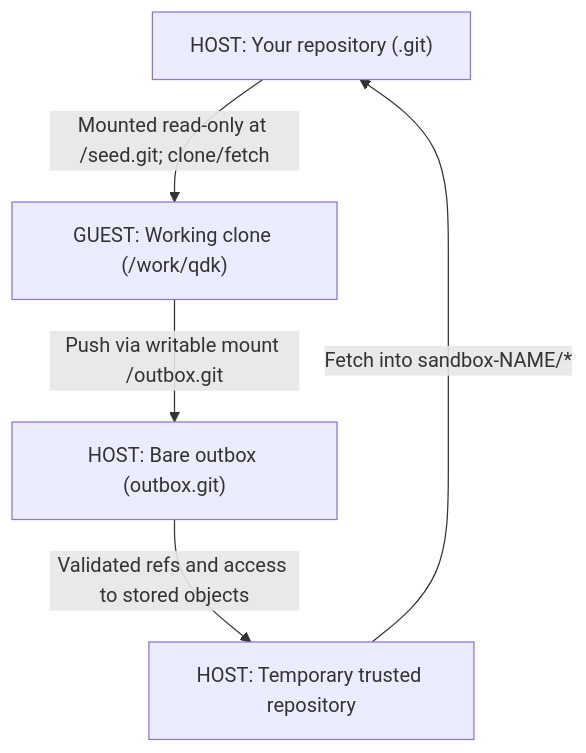
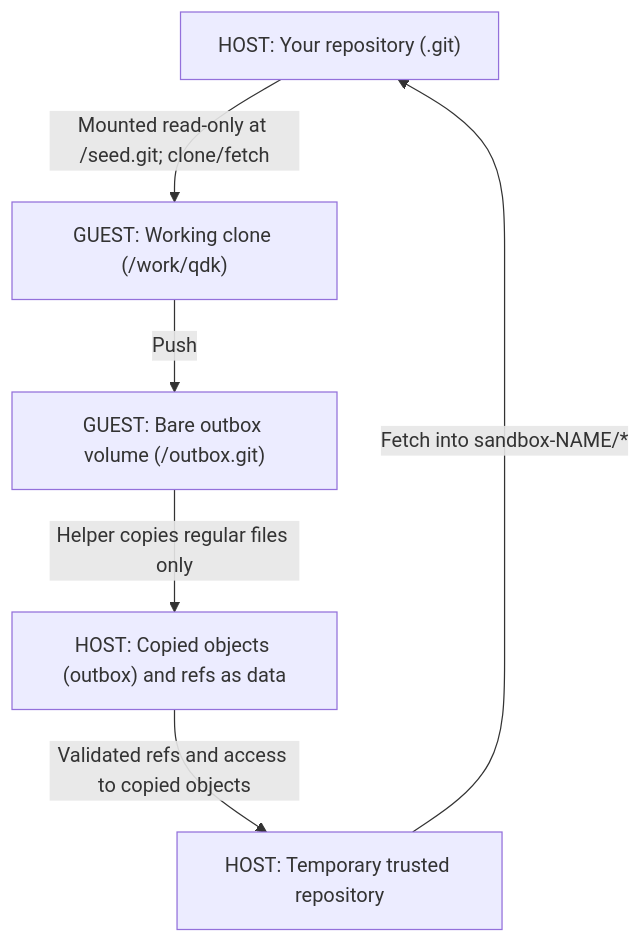
Before and after one commit to microsoft/qdk: the second of 2 diagrams in tools/copilot-sandbox/README.md, drawn with Mermaid. The commit also changed other lines of this file and 8 other files, not shown here.

````diff
--- a/tools/copilot-sandbox/README.md
+++ b/tools/copilot-sandbox/README.md
@@ -72,12 +73,14 @@
 ```mermaid
 flowchart TD
 Host["HOST: Your repository (.git)"]
 Work["GUEST: Working clone (/work/qdk)"]
-Outbox["HOST: Bare outbox (outbox.git)"]
+Outbox["GUEST: Bare outbox volume (/outbox.git)"]
+Copy["HOST: Copied objects (outbox) and refs as data"]
 View["HOST: Temporary trusted repository"]
 
     Host -->|"Mounted read-only at /seed.git; clone/fetch"| Work
-    Work -->|"Push via writable mount /outbox.git"| Outbox
-    Outbox -->|"Validated refs and access to stored objects"| View
+    Work -->|"Push"| Outbox
+    Outbox -->|"Helper copies regular files only"| Copy
+    Copy -->|"Validated refs and access to copied objects"| View
     View -->|"Fetch into sandbox-NAME/*"| Host
 ```
````
